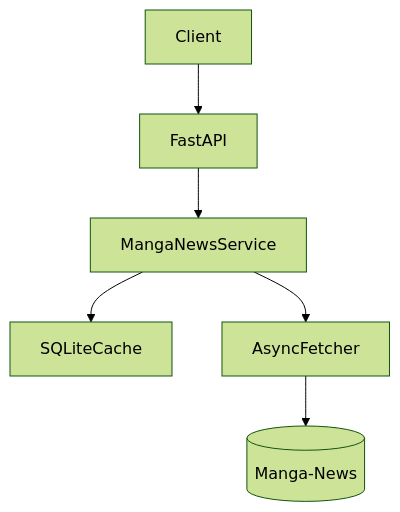
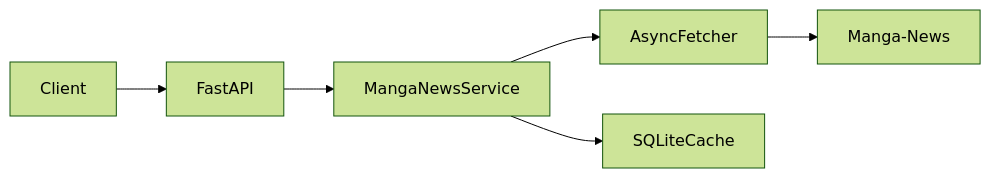
One commit to Hitman47/APIManga_News changed the first of 2 diagrams in docs/ARCHITECTURE.md. Above: the diagram before and after it, drawn with Mermaid (forest theme). The commit also changed other lines of this file and 13 other files, not shown here.

````diff
--- a/docs/ARCHITECTURE.md
+++ b/docs/ARCHITECTURE.md
@@ -5,8 +5,8 @@
 ```mermaid
-flowchart TD
-    Client --> FastAPI
-    FastAPI --> MangaNewsService
-    MangaNewsService --> SQLiteCache
-    MangaNewsService --> AsyncFetcher
-    AsyncFetcher --> MangaNews[(Manga-News)]
+flowchart LR
+    Client --> API[FastAPI]
+    API --> Service[MangaNewsService]
+    Service --> Fetcher[AsyncFetcher]
+    Service --> Cache[SQLiteCache]
+    Fetcher --> MN[Manga-News]
 ```
````
